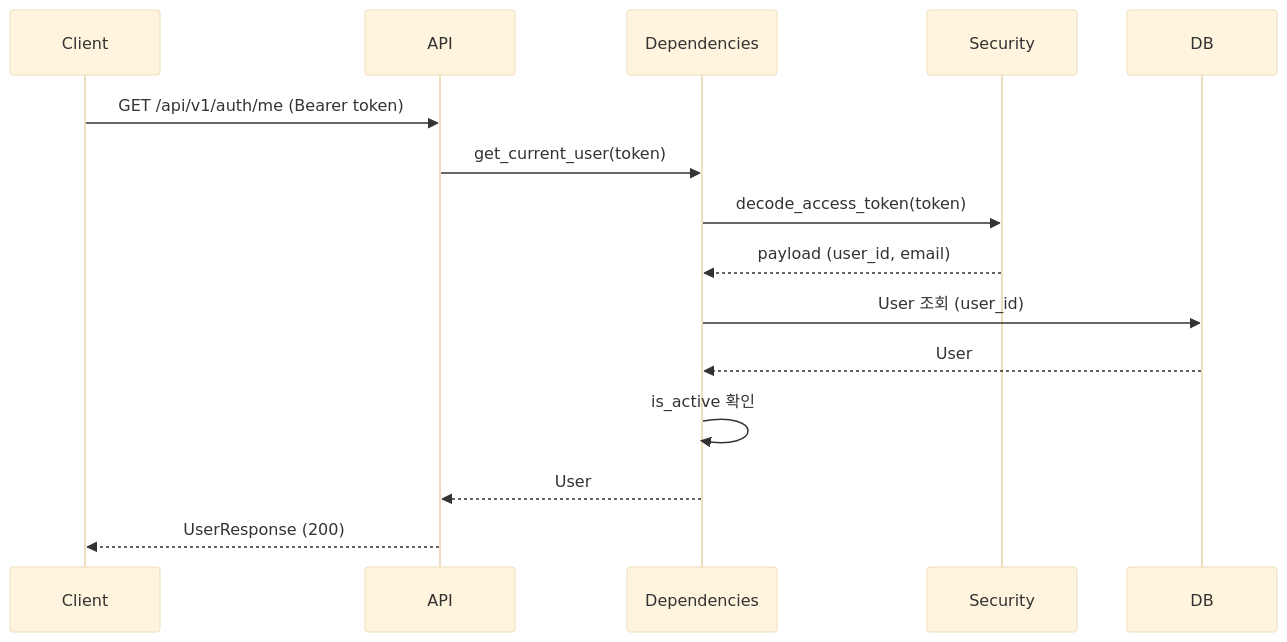
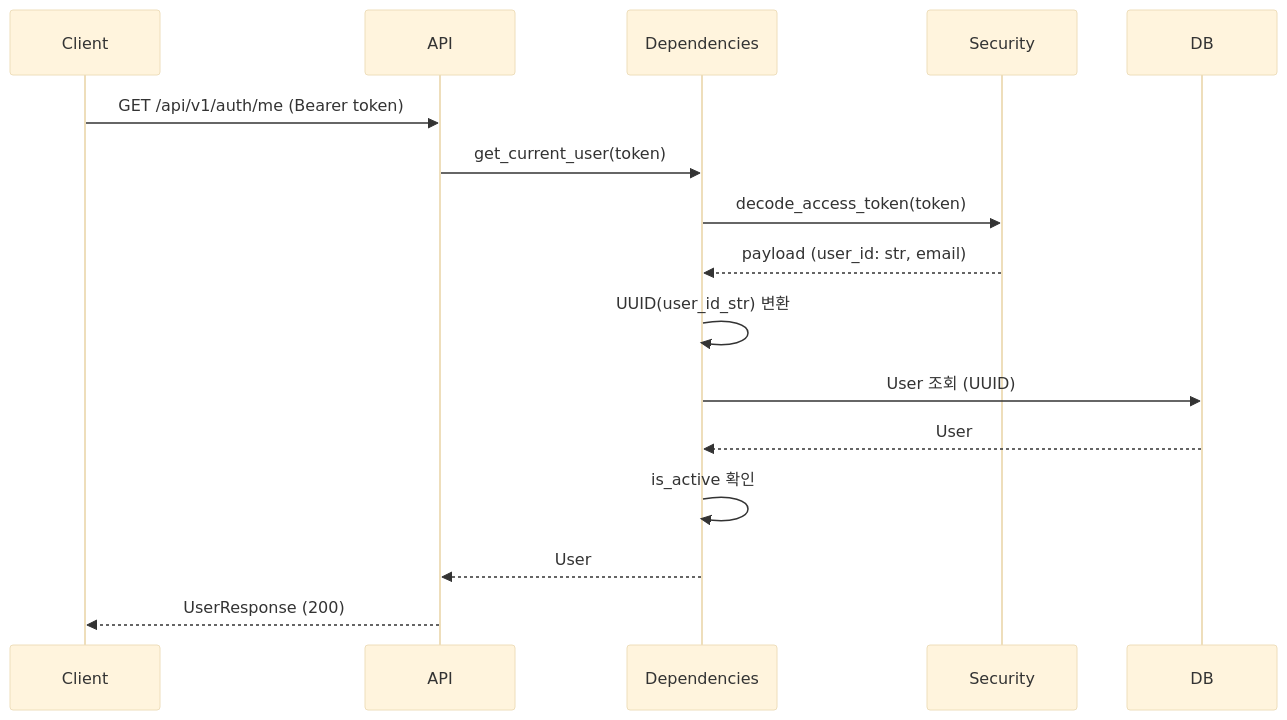
The third of 3 diagrams in SL-Back-end/docs/AUTHENTICATION.md (IIIBreakeRIII/Krafton-Jungle), drawn with Mermaid (base theme) before and after one commit. The commit also changed other lines of this file and 5 other files, not shown here.

Commit message:
Feat: user_id 개선 integer>UUID

````diff
--- a/SL-Back-end/docs/AUTHENTICATION.md
+++ b/SL-Back-end/docs/AUTHENTICATION.md
@@ -385,18 +411,19 @@
 ```mermaid
 sequenceDiagram
     participant Client
     participant API
     participant Dependencies
     participant Security
     participant DB
 
     Client->>API: GET /api/v1/auth/me (Bearer token)
     API->>Dependencies: get_current_user(token)
     Dependencies->>Security: decode_access_token(token)
-    Security-->>Dependencies: payload (user_id, email)
-    Dependencies->>DB: User 조회 (user_id)
+    Security-->>Dependencies: payload (user_id: str, email)
+    Dependencies->>Dependencies: UUID(user_id_str) 변환
+    Dependencies->>DB: User 조회 (UUID)
     DB-->>Dependencies: User
     Dependencies->>Dependencies: is_active 확인
     Dependencies-->>API: User
     API-->>Client: UserResponse (200)
 ```
````
